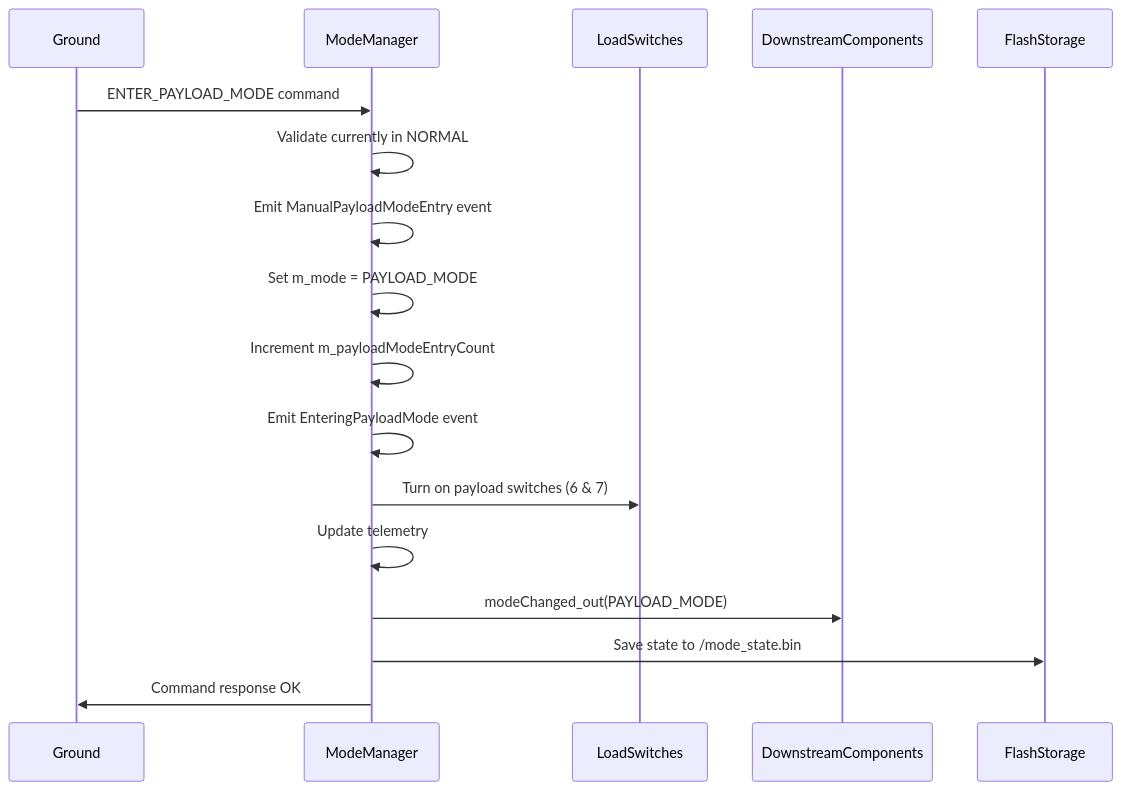
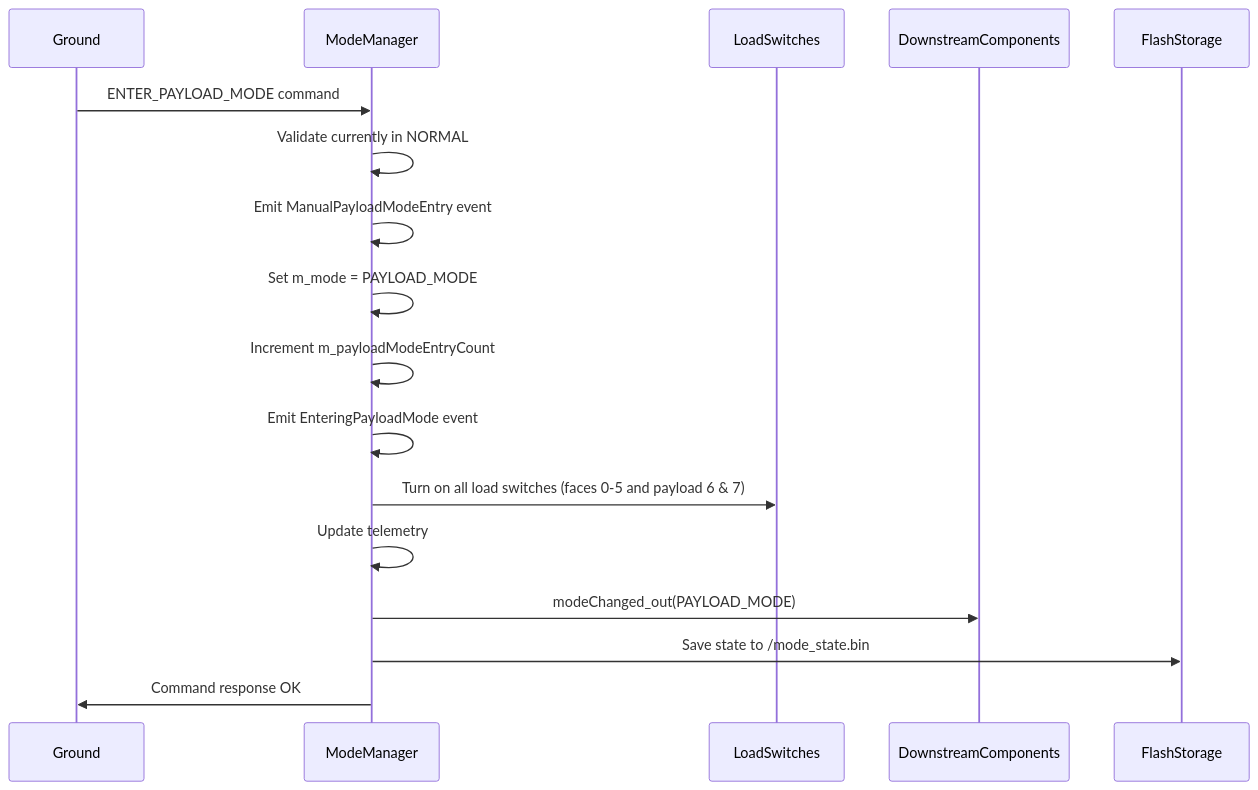
The fifth of 9 diagrams in FprimeZephyrReference/Components/ModeManager/docs/sdd.md (Open-Source-Space-Foundation/proves-core-reference), drawn with Mermaid before and after one commit. The commit also changed other lines of this file and 4 other files, not shown here.

Commit message:
add normal <-> payload mode auto change

````diff
--- a/FprimeZephyrReference/Components/ModeManager/docs/sdd.md
+++ b/FprimeZephyrReference/Components/ModeManager/docs/sdd.md
@@ -240,20 +257,20 @@
 ```mermaid
 sequenceDiagram
     participant Ground
     participant ModeManager
     participant LoadSwitches
     participant DownstreamComponents
     participant FlashStorage
 
     Ground->>ModeManager: ENTER_PAYLOAD_MODE command
     ModeManager->>ModeManager: Validate currently in NORMAL
     ModeManager->>ModeManager: Emit ManualPayloadModeEntry event
     ModeManager->>ModeManager: Set m_mode = PAYLOAD_MODE
     ModeManager->>ModeManager: Increment m_payloadModeEntryCount
     ModeManager->>ModeManager: Emit EnteringPayloadMode event
-    ModeManager->>LoadSwitches: Turn on payload switches (6 & 7)
+    ModeManager->>LoadSwitches: Turn on all load switches (faces 0-5 and payload 6 & 7)
     ModeManager->>ModeManager: Update telemetry
     ModeManager->>DownstreamComponents: modeChanged_out(PAYLOAD_MODE)
     ModeManager->>FlashStorage: Save state to /mode_state.bin
     ModeManager->>Ground: Command response OK
 ```
````
